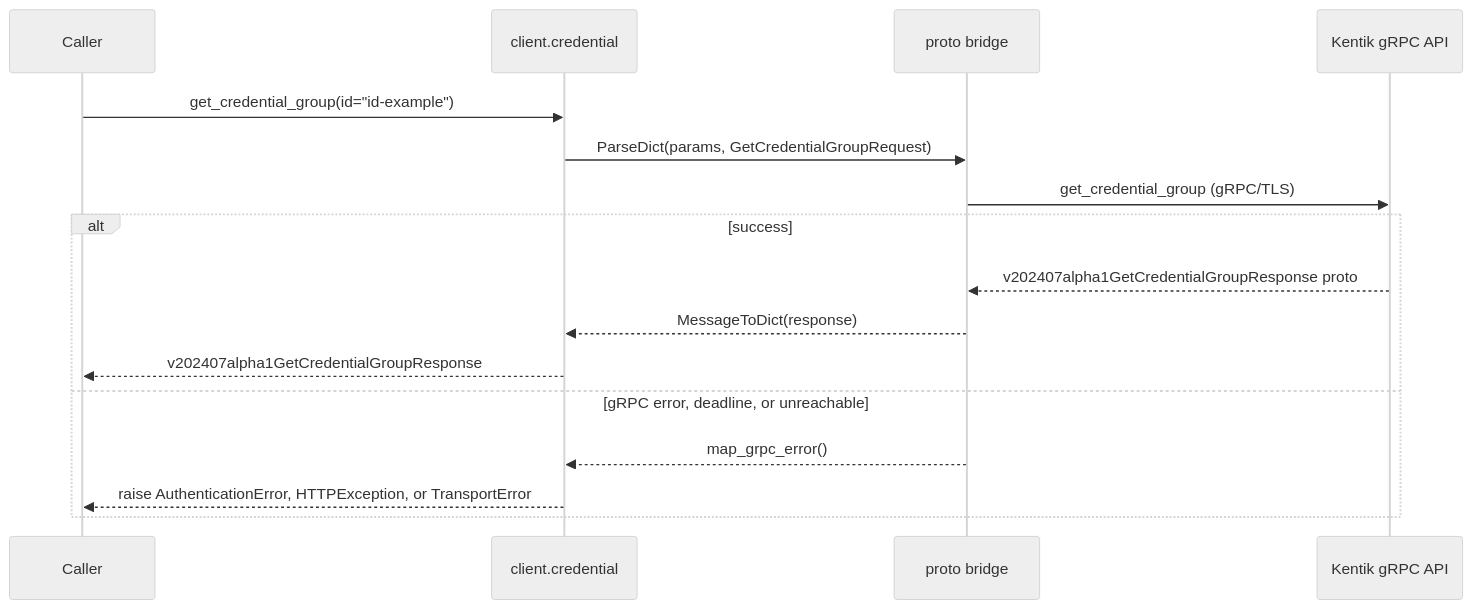
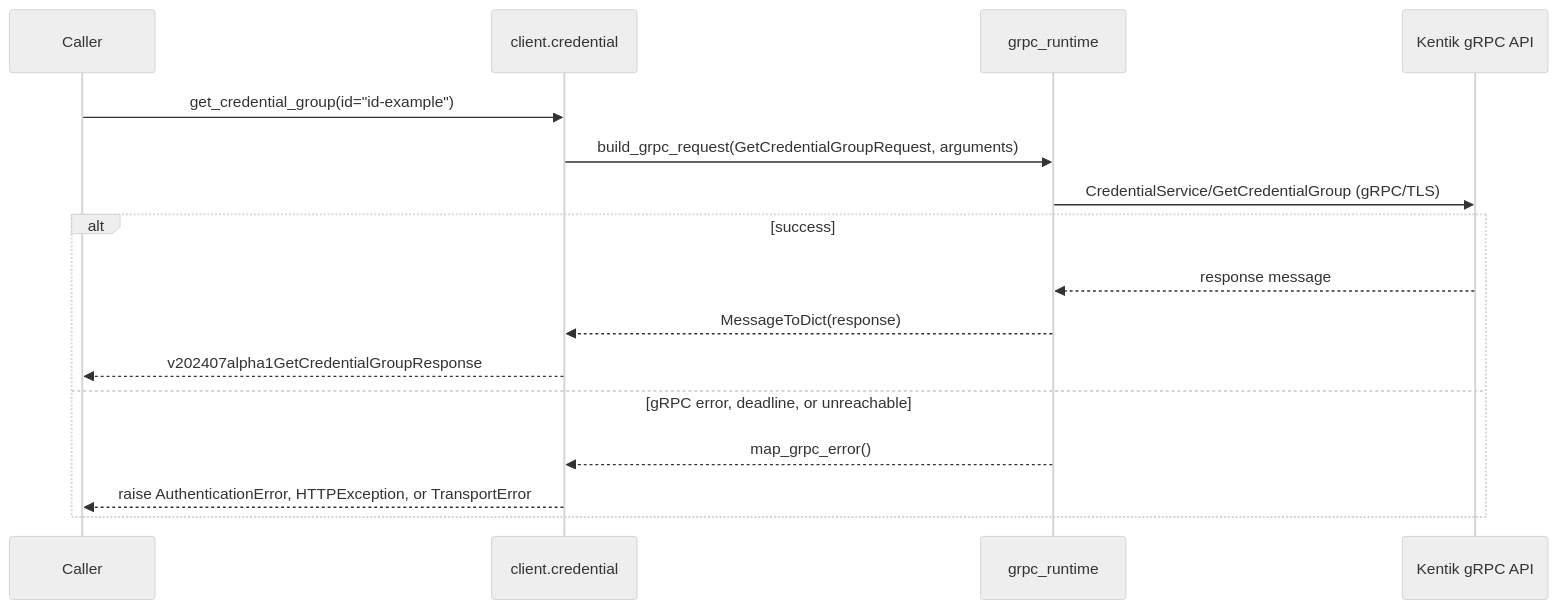
The fifth of 6 diagrams in docs/sphinx/services/credential.md (alexdearaujo/community_sdk_python), drawn with Mermaid (neutral theme) before and after one commit. The commit also changed other lines of this file and 37 other files, not shown here.

First line of the commit message:
docs: show the real RPC in each service page's gRPC diagram

````diff
--- a/docs/sphinx/services/credential.md
+++ b/docs/sphinx/services/credential.md
@@ -127,19 +127,19 @@
 ```mermaid
 sequenceDiagram
     participant C as Caller
     participant W as client.credential
-    participant B as proto bridge
+    participant R as grpc_runtime
     participant API as Kentik gRPC API
 
     C->>W: get_credential_group(id="id-example")
-    W->>B: ParseDict(params, GetCredentialGroupRequest)
-    B->>API: get_credential_group (gRPC/TLS)
+    W->>R: build_grpc_request(GetCredentialGroupRequest, arguments)
+    R->>API: CredentialService/GetCredentialGroup (gRPC/TLS)
     alt success
-        API-->>B: v202407alpha1GetCredentialGroupResponse proto
-        B-->>W: MessageToDict(response)
+        API-->>R: response message
+        R-->>W: MessageToDict(response)
         W-->>C: v202407alpha1GetCredentialGroupResponse
     else gRPC error, deadline, or unreachable
-        B-->>W: map_grpc_error()
+        R-->>W: map_grpc_error()
         W-->>C: raise AuthenticationError, HTTPException, or TransportError
     end
 ```
````
